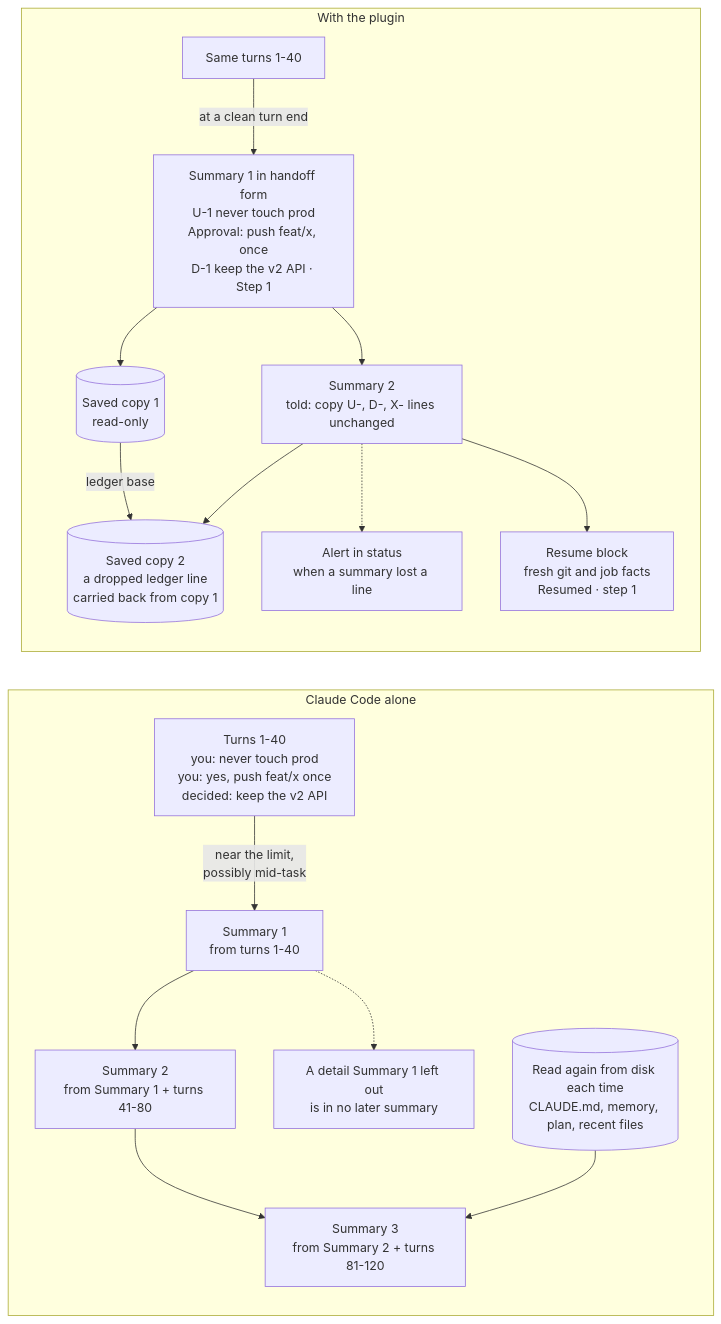
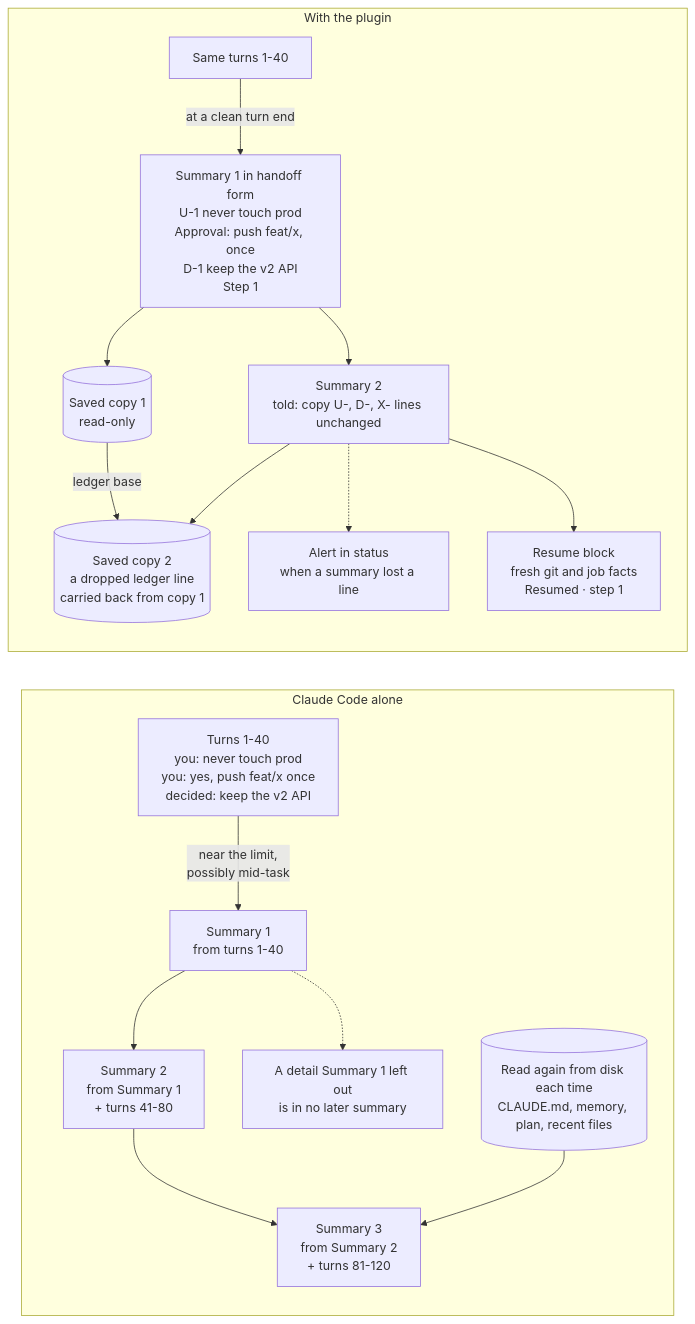
Before and after one commit to RuslanTar/afk-compact: the diagram in src/docs/comparison.md, drawn with Mermaid. The commit also changed other lines of this file and 21 other files, not shown here.

````diff
--- a/src/docs/comparison.md
+++ b/src/docs/comparison.md
@@ -49,33 +49,33 @@
 ```mermaid
 flowchart LR
   subgraph N["Claude Code alone"]
     direction TB
     N0["Turns 1-40<br/>you: never touch prod<br/>you: yes, push feat/x once<br/>decided: keep the v2 API"]
     N1["Summary 1<br/>from turns 1-40"]
-    N2["Summary 2<br/>from Summary 1 + turns 41-80"]
-    N3["Summary 3<br/>from Summary 2 + turns 81-120"]
+    N2["Summary 2<br/>from Summary 1<br/>+ turns 41-80"]
+    N3["Summary 3<br/>from Summary 2<br/>+ turns 81-120"]
     NX["A detail Summary 1 left out<br/>is in no later summary"]
     ND[("Read again from disk each time<br/>CLAUDE.md, memory, plan, recent files")]
     N0 -->|"near the limit,<br/>possibly mid-task"| N1
     N1 --> N2 --> N3
     N1 -.-> NX
     ND --> N3
   end
   subgraph P["With the plugin"]
     direction TB
     P0["Same turns 1-40"]
-    P1["Summary 1 in handoff form<br/>U-1 never touch prod<br/>Approval: push feat/x, once<br/>D-1 keep the v2 API · Step 1"]
+    P1["Summary 1 in handoff form<br/>U-1 never touch prod<br/>Approval: push feat/x, once<br/>D-1 keep the v2 API<br/>Step 1"]
     P2["Summary 2<br/>told: copy U-, D-, X- lines unchanged"]
     C1[("Saved copy 1<br/>read-only")]
     C2[("Saved copy 2<br/>a dropped ledger line<br/>carried back from copy 1")]
     A9["Alert in status<br/>when a summary lost a line"]
     R["Resume block<br/>fresh git and job facts<br/>Resumed · step 1"]
     P0 -->|"at a clean turn end"| P1
     P1 --> P2
     P1 --> C1
     P2 --> C2
     C1 -->|ledger base| C2
     P2 -.-> A9
     P2 --> R
   end
 ```
````
